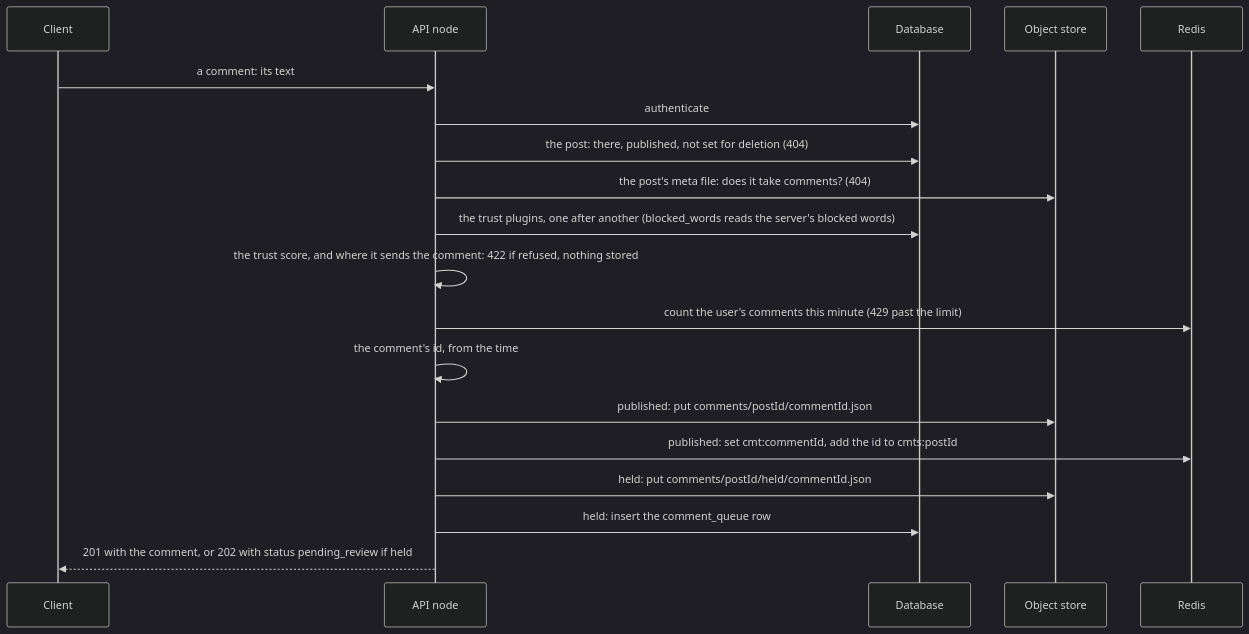
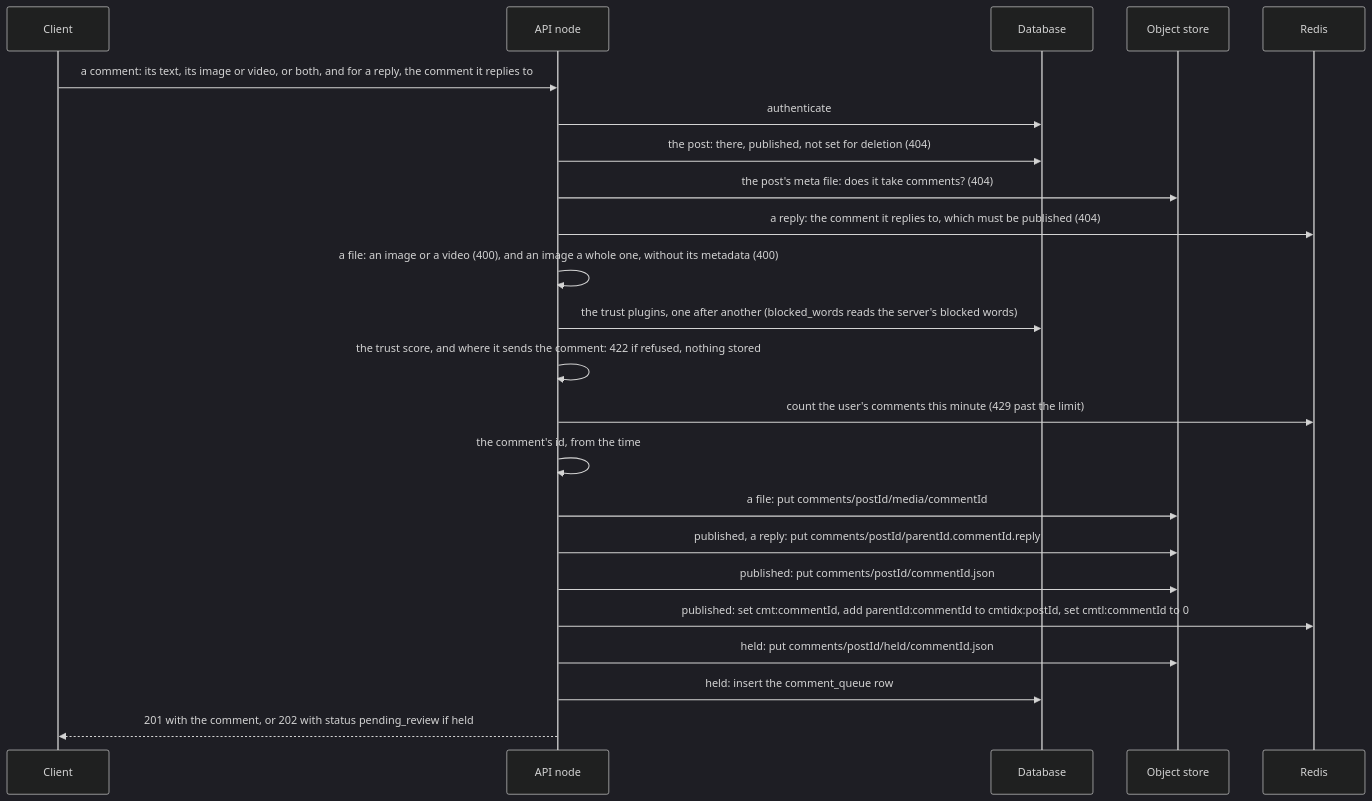
One commit to techfalos/evieverse changed the fourth of 7 diagrams in docs/APP.md. Above: the diagram before and after it, drawn with Mermaid (dark theme). The commit also changed other lines of this file and 67 other files, not shown here.

````diff
--- a/docs/APP.md
+++ b/docs/APP.md
@@ -512,21 +563,25 @@
 ```mermaid
 sequenceDiagram
   participant C as Client
   participant A as API node
   participant DB as Database
   participant OS as Object store
   participant R as Redis
-  C->>A: a comment: its text
+  C->>A: a comment: its text, its image or video, or both, and for a reply, the comment it replies to
   A->>DB: authenticate
   A->>DB: the post: there, published, not set for deletion (404)
   A->>OS: the post's meta file: does it take comments? (404)
+  A->>R: a reply: the comment it replies to, which must be published (404)
+  A->>A: a file: an image or a video (400), and an image a whole one, without its metadata (400)
   A->>DB: the trust plugins, one after another (blocked_words reads the server's blocked words)
   A->>A: the trust score, and where it sends the comment: 422 if refused, nothing stored
   A->>R: count the user's comments this minute (429 past the limit)
   A->>A: the comment's id, from the time
+  A->>OS: a file: put comments/postId/media/commentId
+  A->>OS: published, a reply: put comments/postId/parentId.commentId.reply
   A->>OS: published: put comments/postId/commentId.json
-  A->>R: published: set cmt:commentId, add the id to cmts:postId
+  A->>R: published: set cmt:commentId, add parentId:commentId to cmtidx:postId, set cmtl:commentId to 0
   A->>OS: held: put comments/postId/held/commentId.json
   A->>DB: held: insert the comment_queue row
   A-->>C: 201 with the comment, or 202 with status pending_review if held
 ```
````
